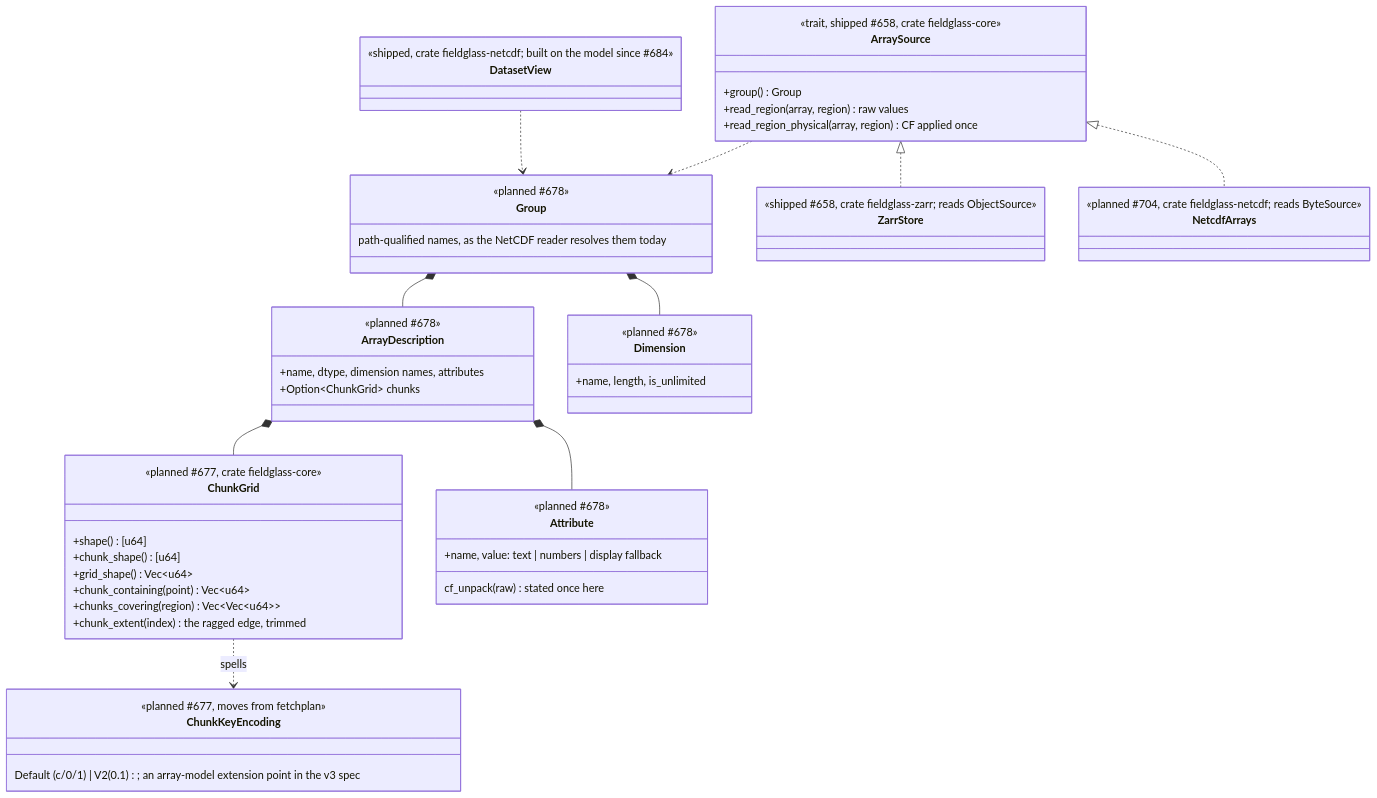
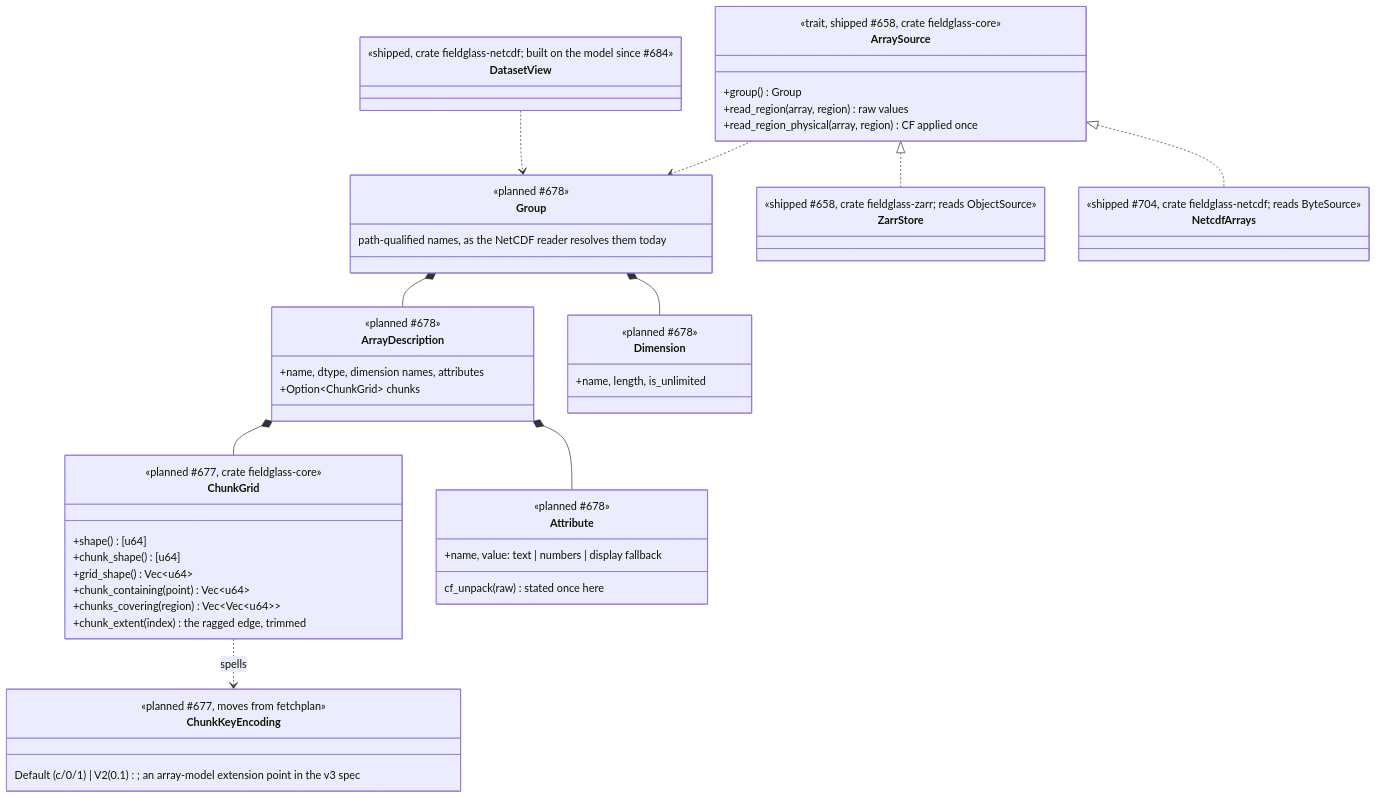
One commit to D0ubleD0uble/fieldglass changed the second of 6 diagrams in docs/architecture/planned/02-trait-seams.md. Above: the diagram before and after it, drawn with Mermaid. The commit also changed other lines of this file and 32 other files, not shown here.

````diff
--- a/docs/architecture/planned/02-trait-seams.md
+++ b/docs/architecture/planned/02-trait-seams.md
@@ -129,58 +129,58 @@
 ```mermaid
 classDiagram
     class ChunkGrid {
         <<planned #677, crate fieldglass-core>>
         +shape() [u64]
         +chunk_shape() [u64]
         +grid_shape() Vec~u64~
         +chunk_containing(point) Vec~u64~
         +chunks_covering(region) Vec~Vec~u64~~
         +chunk_extent(index) the ragged edge, trimmed
     }
     class ChunkKeyEncoding {
         <<planned #677, moves from fetchplan>>
         Default (c/0/1) | V2 (0.1); an array-model extension point in the v3 spec
     }
     class ArrayDescription {
         <<planned #678>>
         +name, dtype, dimension names, attributes
         +Option~ChunkGrid~ chunks
     }
     class Dimension {
         <<planned #678>>
         +name, length, is_unlimited
     }
     class Attribute {
         <<planned #678>>
         +name, value: text | numbers | display fallback
         cf_unpack(raw) stated once here
     }
     class Group {
         <<planned #678>>
         path-qualified names, as the NetCDF reader resolves them today
     }
     ChunkGrid ..> ChunkKeyEncoding : spells
     ArrayDescription *-- ChunkGrid
     ArrayDescription *-- Attribute
     Group *-- ArrayDescription
     Group *-- Dimension
     class DatasetView {
         <<shipped, crate fieldglass-netcdf; built on the model since #684>>
     }
     DatasetView ..> Group
     class ArraySource {
         <<trait, shipped #658, crate fieldglass-core>>
         +group() Group
         +read_region(array, region) raw values
         +read_region_physical(array, region) CF applied once
     }
     class ZarrStore {
         <<shipped #658, crate fieldglass-zarr; reads ObjectSource>>
     }
     class NetcdfArrays {
-        <<planned #704, crate fieldglass-netcdf; reads ByteSource>>
+        <<shipped #704, crate fieldglass-netcdf; reads ByteSource>>
     }
     ArraySource ..> Group
     ArraySource <|.. ZarrStore
     ArraySource <|.. NetcdfArrays
 ```
````
